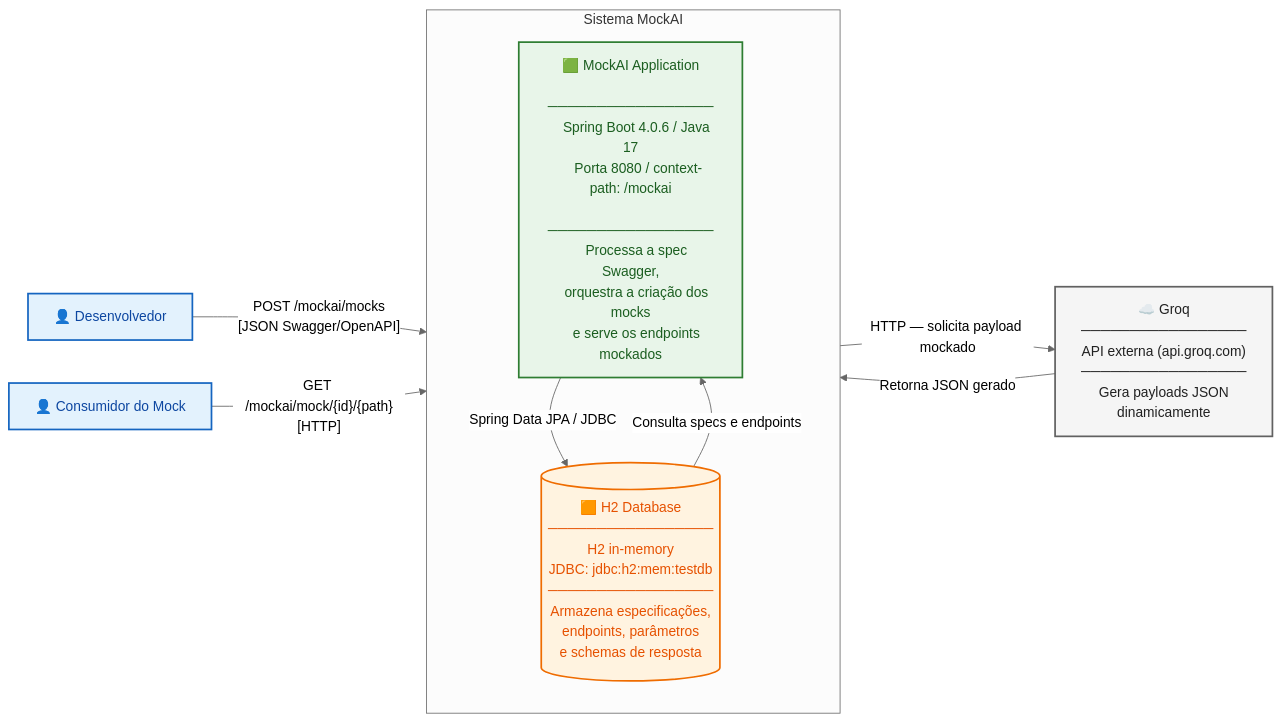
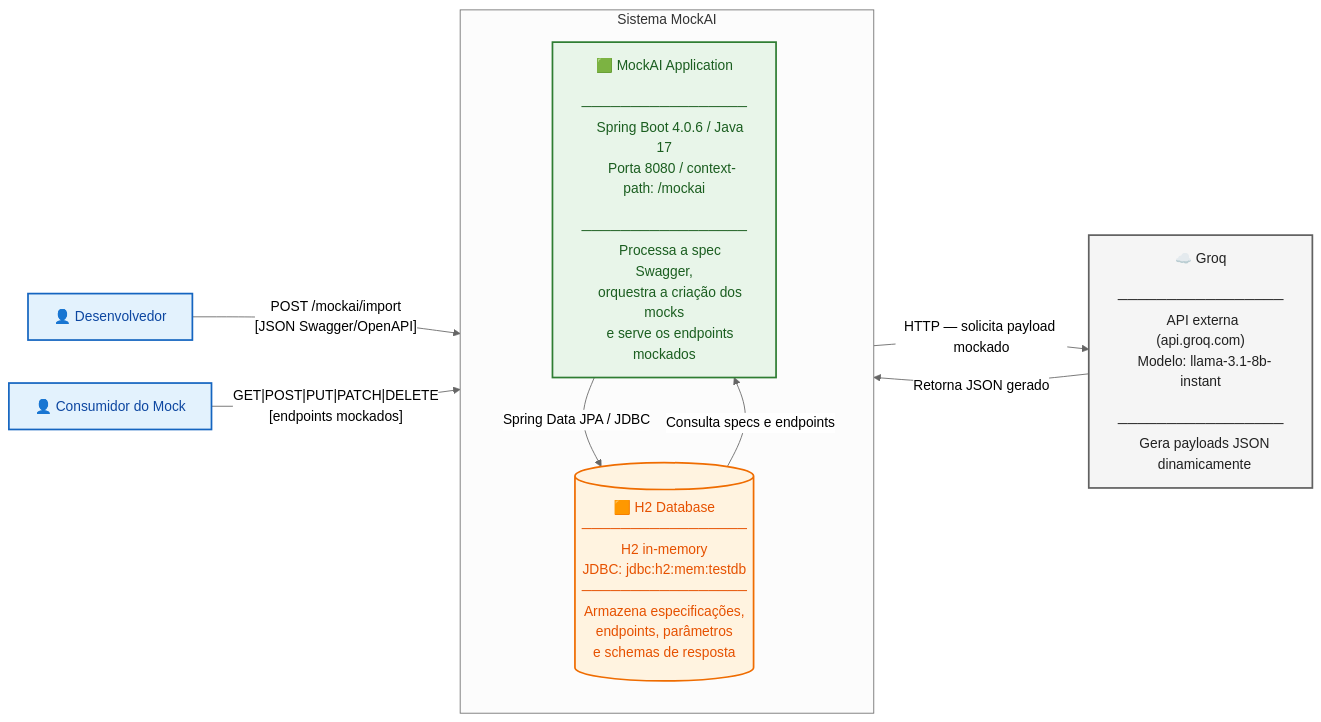
One commit to IA-para-DEVs-SCTEC-T2/mini-projeto-MockAi changed the second of 4 diagrams in docs/architecture-diagram.md. Above: the diagram before and after it, drawn with Mermaid. The commit also changed other lines of this file and 8 other files, not shown here.

````diff
--- a/docs/architecture-diagram.md
+++ b/docs/architecture-diagram.md
@@ -67,57 +67,58 @@
 ```mermaid
 ---
 config:
   layout: dagre
   theme: neutral
 ---
 flowchart LR
   dev["👤 Desenvolvedor"]
   consumer["👤 Consumidor do Mock"]
 
   subgraph mockai["Sistema MockAI"]
     direction TB
 
     api_app["🟩 MockAI Application
     ─────────────────
     Spring Boot 4.0.6 / Java 17
     Porta 8080 / context-path: /mockai
     ─────────────────
     Processa a spec Swagger,
     orquestra a criação dos mocks
     e serve os endpoints mockados"]
 
     db[("🟧 H2 Database
     ─────────────────
     H2 in-memory
     JDBC: jdbc:h2:mem:testdb
     ─────────────────
     Armazena especificações,
     endpoints, parâmetros
     e schemas de resposta")]
   end
 
   ai_ext["☁️ Groq
   ─────────────────
   API externa (api.groq.com)
+  Modelo: llama-3.1-8b-instant
   ─────────────────
   Gera payloads JSON
   dinamicamente"]
 
-  dev      -- "POST /mockai/mocks\n[JSON Swagger/OpenAPI]" --> api_app
-  consumer -- "GET /mockai/mock/{id}/{path}\n[HTTP]"        --> api_app
+  dev      -- "POST /mockai/import\n[JSON Swagger/OpenAPI]" --> api_app
+  consumer -- "GET|POST|PUT|PATCH|DELETE\n[endpoints mockados]" --> api_app
   api_app  -- "Spring Data JPA / JDBC"                      --> db
   db       -- "Consulta specs e endpoints"                   --> api_app
   api_app  -- "HTTP — solicita payload mockado"              --> ai_ext
   ai_ext   -- "Retorna JSON gerado"                          --> api_app
 
   dev:::person
   consumer:::person
   api_app:::container
   db:::database
   ai_ext:::external
 
   classDef person    fill:#E3F2FD,stroke:#1565C0,stroke-width:2px,color:#0D47A1
   classDef container fill:#E8F5E9,stroke:#2E7D32,stroke-width:2px,color:#1B5E20
   classDef database  fill:#FFF3E0,stroke:#EF6C00,stroke-width:2px,color:#E65100
   classDef external  fill:#F5F5F5,stroke:#616161,stroke-width:2px,color:#212121
 ```
````
